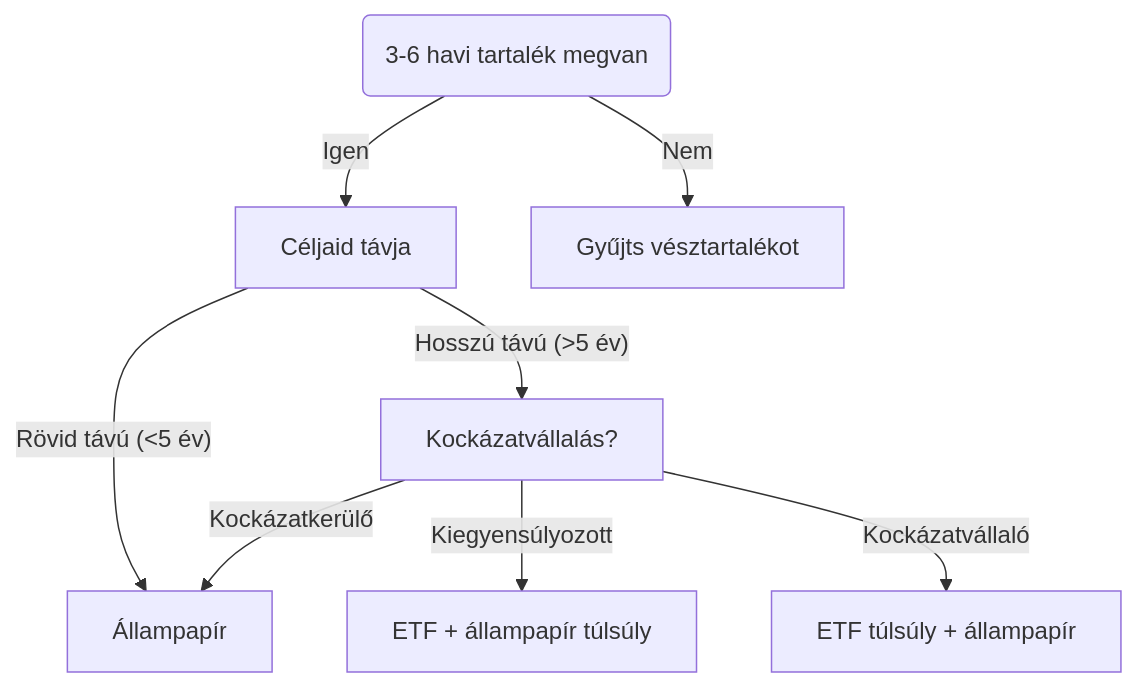
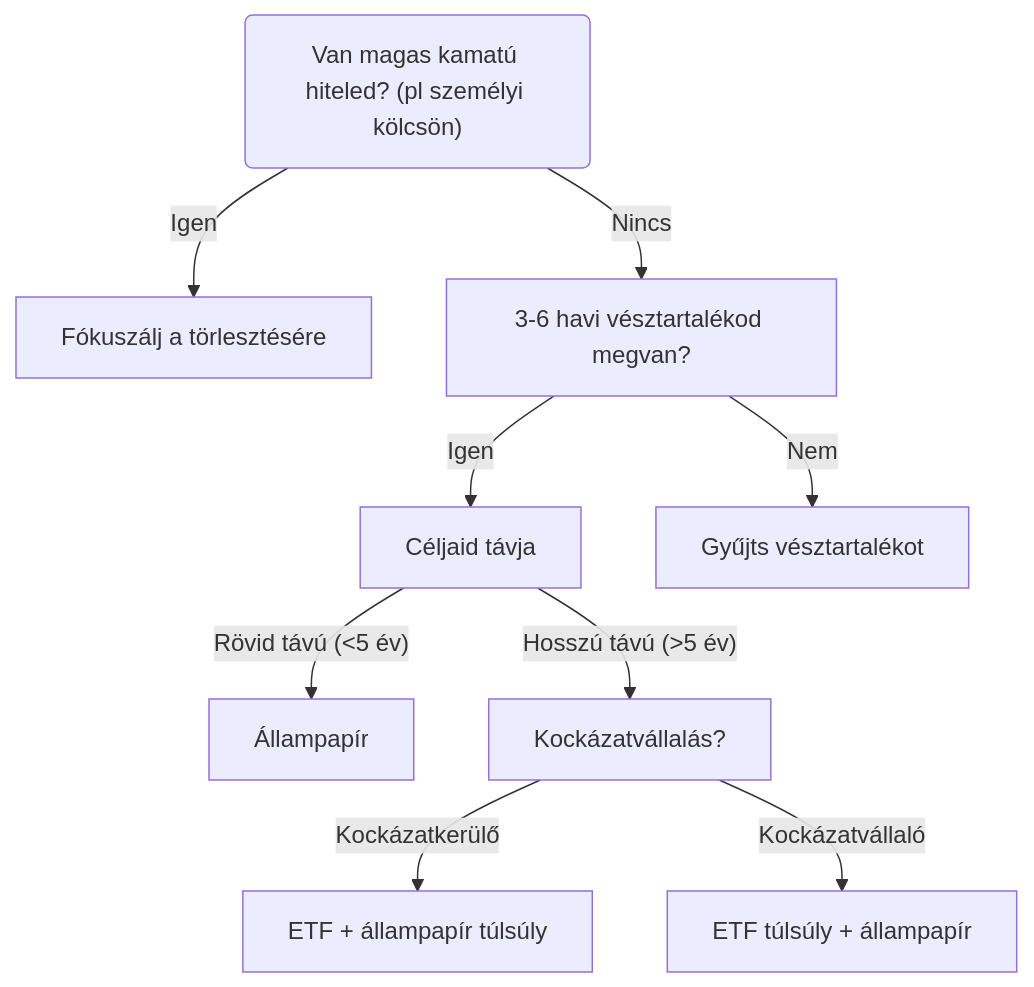
The diagram in docs/flowchart.md (hungarypersonalfinance/website), drawn with Mermaid before and after one commit. The commit also changed other lines of this file, not shown here.

Commit message:
New flowchart

````diff
--- a/docs/flowchart.md
+++ b/docs/flowchart.md
@@ -3,10 +5,11 @@
 ```mermaid
 flowchart TB
-    A(3-6 havi tartalék megvan) -->|Igen| B[Céljaid távja]
-    A -->|Nem| C[Gyűjts vésztartalékot]
-    B -->|"Rövid távú (<5 év)"| D[Állampapír]
-    B -->|"Hosszú távú (>5 év)"| E[Kockázatvállalás?]
-    E -->|Kockázatkerülő| D
-    E -->|Kiegyensúlyozott| F[ETF + állampapír túlsúly]
-    E -->|Kockázatvállaló| G[ETF túlsúly + állampapír]
+    A("Van magas kamatú hiteled? (pl személyi kölcsön)") -->|Igen| B[Fókuszálj a törlesztésére]
+    A -->|Nincs| C[3-6 havi vésztartalékod megvan?]
+    C -->|Igen| D[Céljaid távja]
+    C -->|Nem| E[Gyűjts vésztartalékot]
+    D -->|"Rövid távú (<5 év)"| F[Állampapír]
+    D -->|"Hosszú távú (>5 év)"| G[Kockázatvállalás?]
+    G -->|Kockázatkerülő| H[ETF + állampapír túlsúly]
+    G -->|Kockázatvállaló| I[ETF túlsúly + állampapír]
 ```
````
